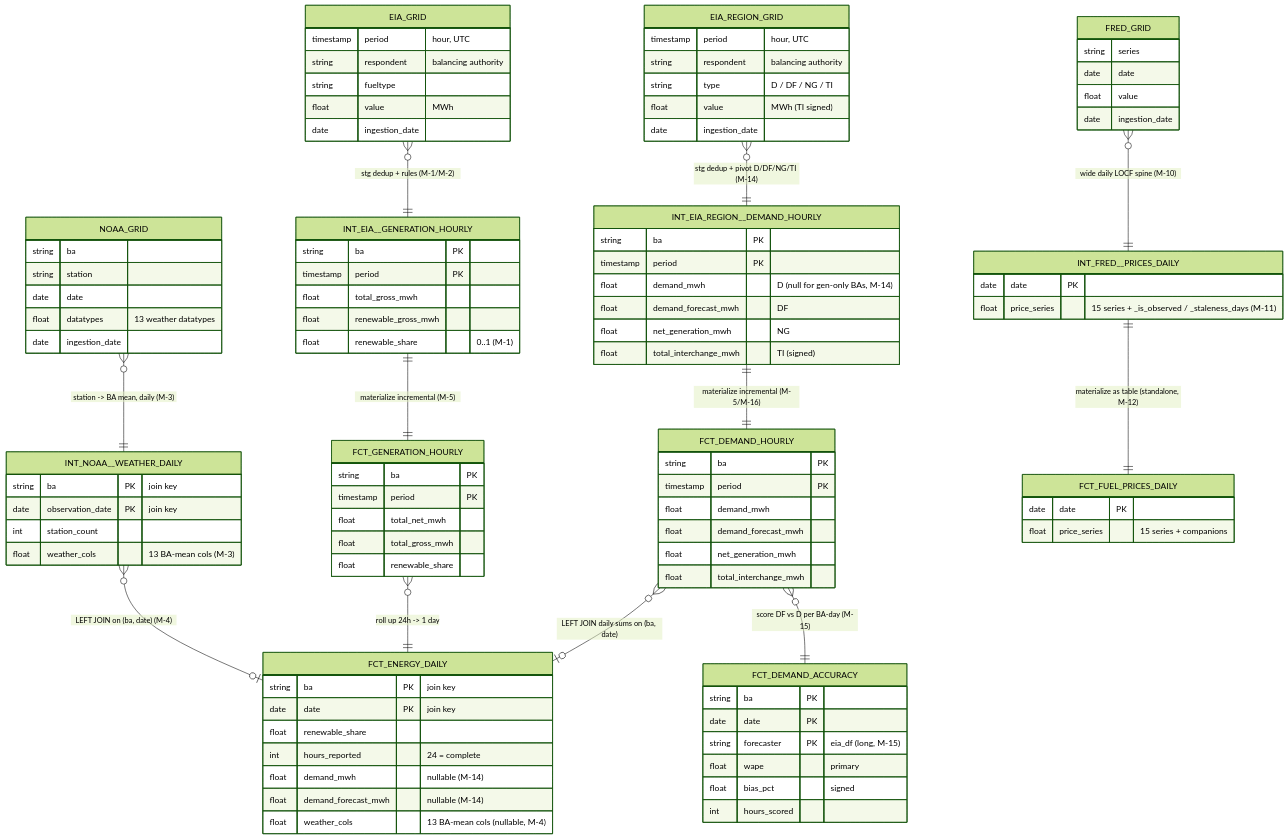
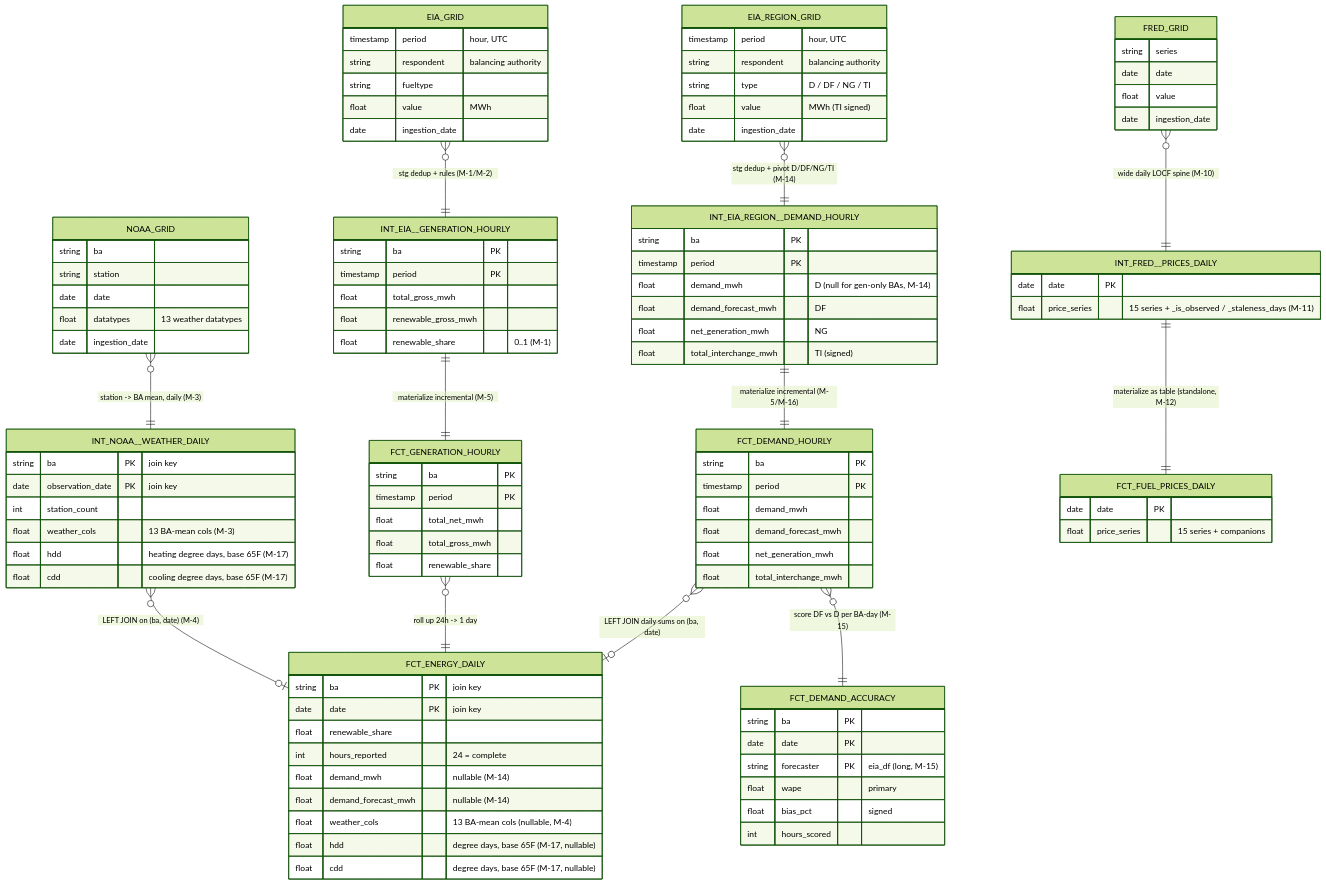
Before and after one commit to victor-cakess/zeus: the second of 2 diagrams in README.md, drawn with Mermaid (forest theme). The commit also changed other lines of this file and 7 other files, not shown here.

First line of the commit message:
Phase 3c: degree days (hdd/cdd, base 65°F) on the weather path (M-17)

```diff
--- a/README.md
+++ b/README.md
@@ -108,6 +108,8 @@
         date observation_date PK "join key"
         int station_count
         float weather_cols "13 BA-mean cols (M-3)"
+        float hdd "heating degree days, base 65F (M-17)"
+        float cdd "cooling degree days, base 65F (M-17)"
     }
     INT_FRED__PRICES_DAILY {
         date date PK
@@ -144,6 +146,8 @@
         float demand_mwh "nullable (M-14)"
         float demand_forecast_mwh "nullable (M-14)"
         float weather_cols "13 BA-mean cols (nullable, M-4)"
+        float hdd "degree days, base 65F (M-17, nullable)"
+        float cdd "degree days, base 65F (M-17, nullable)"
     }
     FCT_FUEL_PRICES_DAILY {
         date date PK
```
